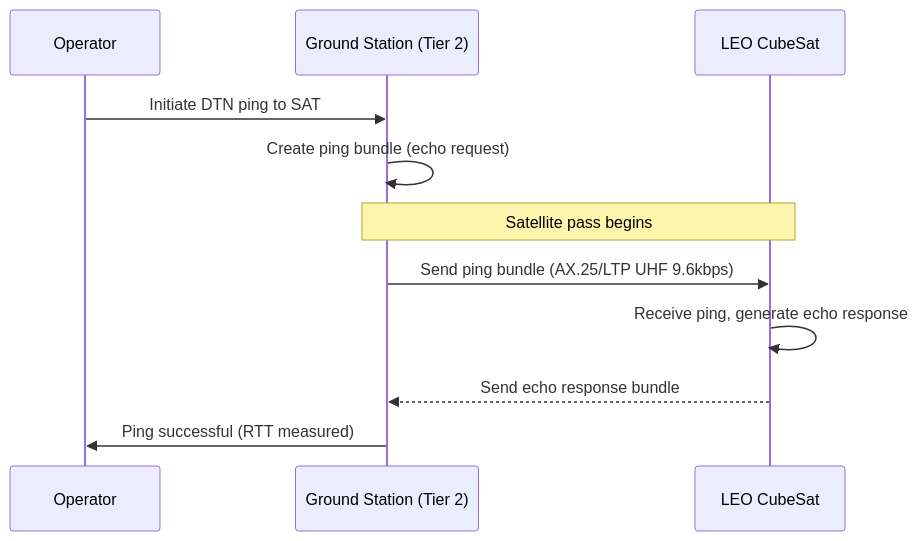
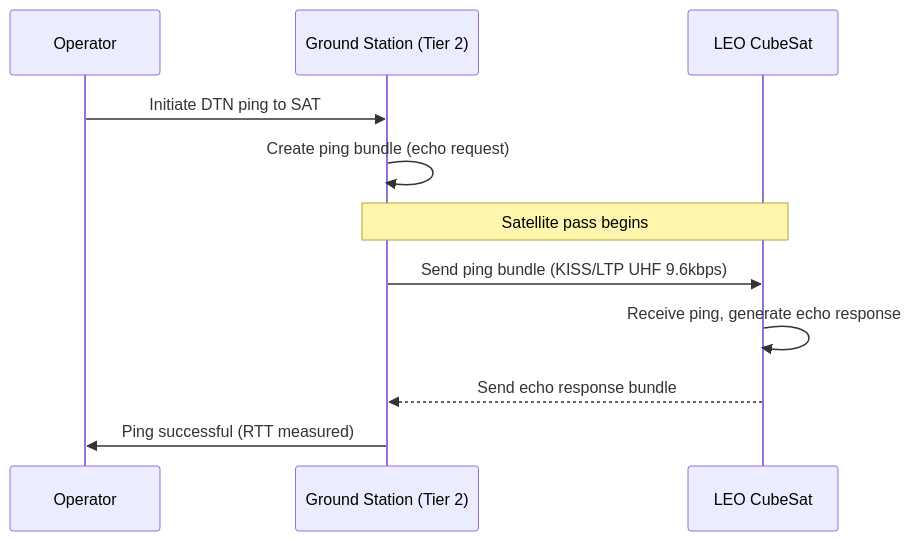
The third of 5 diagrams in docs/cislunar-amateur-dtn-payload/design.md (g4dpz/cislunar_proposal), drawn with Mermaid before and after one commit. The commit also changed other lines of this file and 17 other files, not shown here.

Commit message:
Replace AX.25 with LTP-over-KISS and dtn:// EIDs across all specs, add cislunar redirect conf

````diff
--- a/docs/cislunar-amateur-dtn-payload/design.md
+++ b/docs/cislunar-amateur-dtn-payload/design.md
@@ -95,15 +95,15 @@
 ```mermaid
 sequenceDiagram
     participant Op as Operator
     participant GS as Ground Station (Tier 2)
     participant SAT as LEO CubeSat
 
     Op->>GS: Initiate DTN ping to SAT
     GS->>GS: Create ping bundle (echo request)
 
     Note over GS,SAT: Satellite pass begins
-    GS->>SAT: Send ping bundle (AX.25/LTP UHF 9.6kbps)
+    GS->>SAT: Send ping bundle (KISS/LTP UHF 9.6kbps)
     SAT->>SAT: Receive ping, generate echo response
     SAT-->>GS: Send echo response bundle
     GS->>Op: Ping successful (RTT measured)
 ```
````
